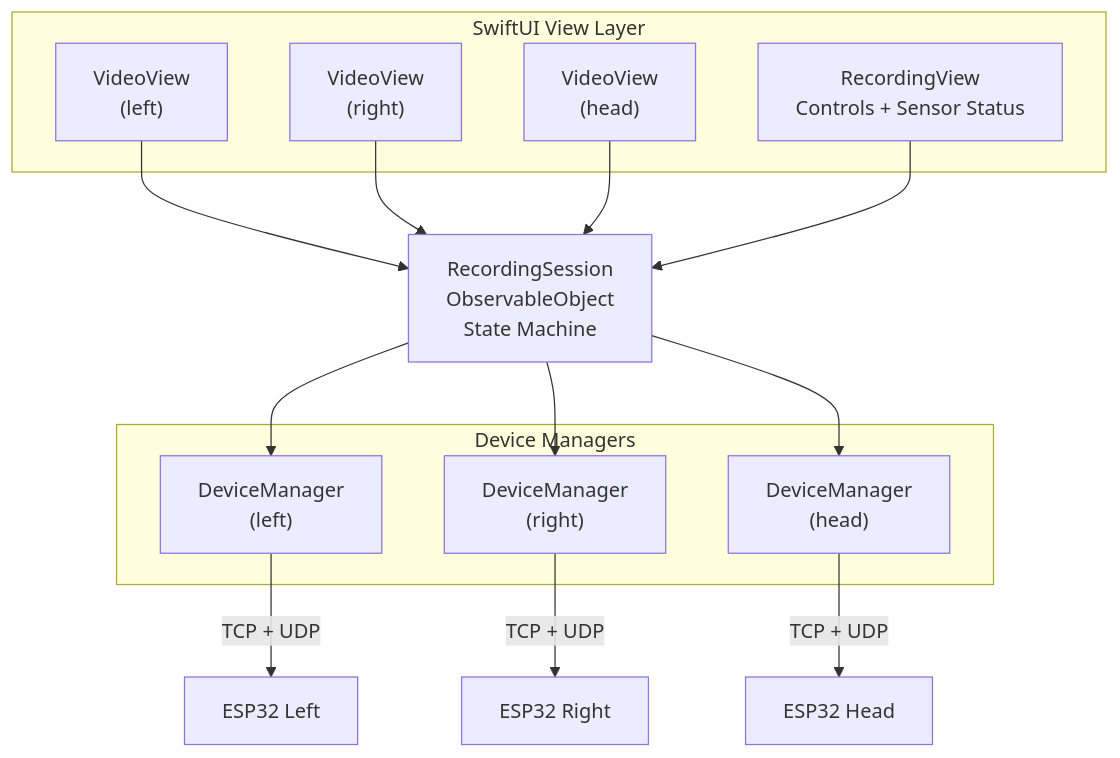
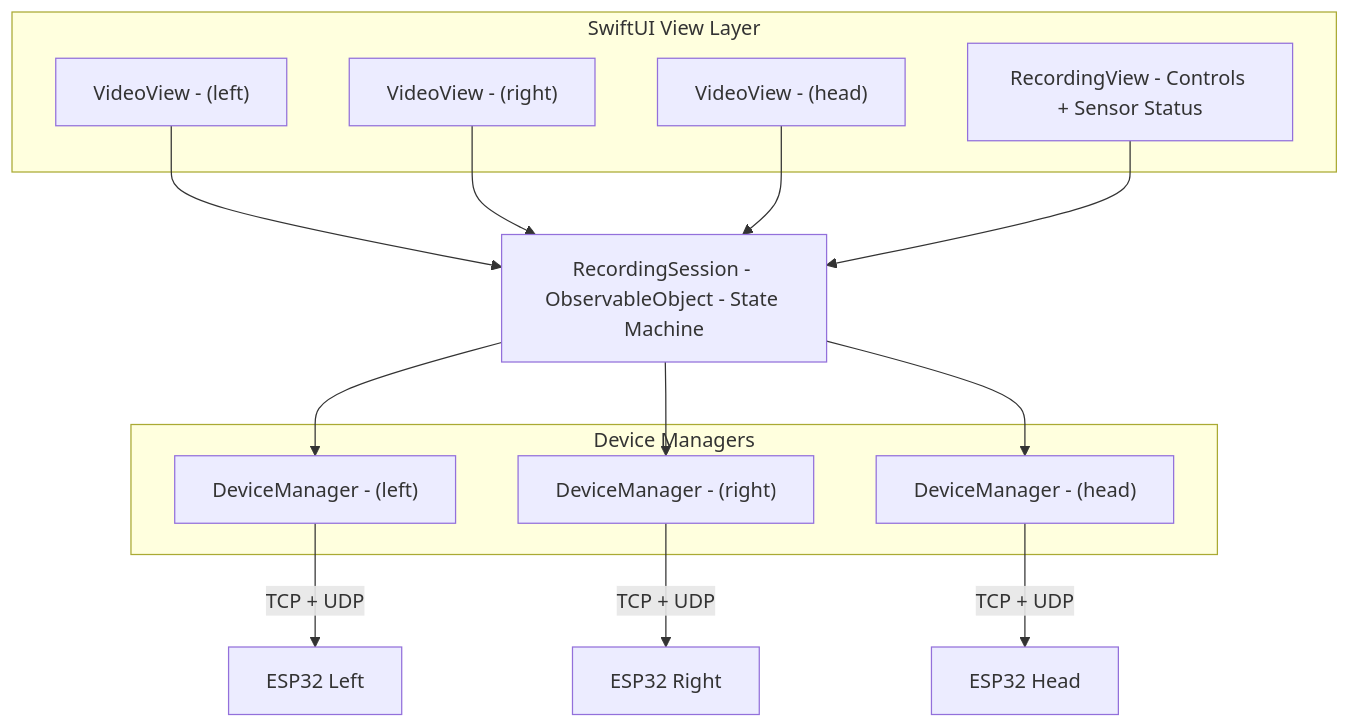
Before and after one commit to Auromix/OpenUMI: the diagram in docs/design/04-ios-app-design.md, drawn with Mermaid. The commit also changed 5 other files, not shown here.

First line of the commit message:
Fix Mermaid: replace \n with single-line labels for GitHub

````diff
--- a/docs/design/04-ios-app-design.md
+++ b/docs/design/04-ios-app-design.md
@@ -24,28 +24,28 @@
 ```mermaid
 graph TD
     subgraph UI["SwiftUI View Layer"]
-        VL["VideoView\n(left)"]
-        VR["VideoView\n(right)"]
-        VH["VideoView\n(head)"]
-        RV["RecordingView\nControls + Sensor Status"]
+        VL["VideoView - (left)"]
+        VR["VideoView - (right)"]
+        VH["VideoView - (head)"]
+        RV["RecordingView - Controls + Sensor Status"]
     end
 
-    RS["RecordingSession\nObservableObject\nState Machine"]
+    RS["RecordingSession - ObservableObject - State Machine"]
 
     subgraph DM["Device Managers"]
-        DML["DeviceManager\n(left)"]
-        DMR["DeviceManager\n(right)"]
-        DMH["DeviceManager\n(head)"]
+        DML["DeviceManager - (left)"]
+        DMR["DeviceManager - (right)"]
+        DMH["DeviceManager - (head)"]
     end
 
     VL --> RS
     VR --> RS
     VH --> RS
     RV --> RS
     RS --> DML
     RS --> DMR
     RS --> DMH
     DML -- "TCP + UDP" --> ESP1["ESP32 Left"]
     DMR -- "TCP + UDP" --> ESP2["ESP32 Right"]
     DMH -- "TCP + UDP" --> ESP3["ESP32 Head"]
 ```
````
